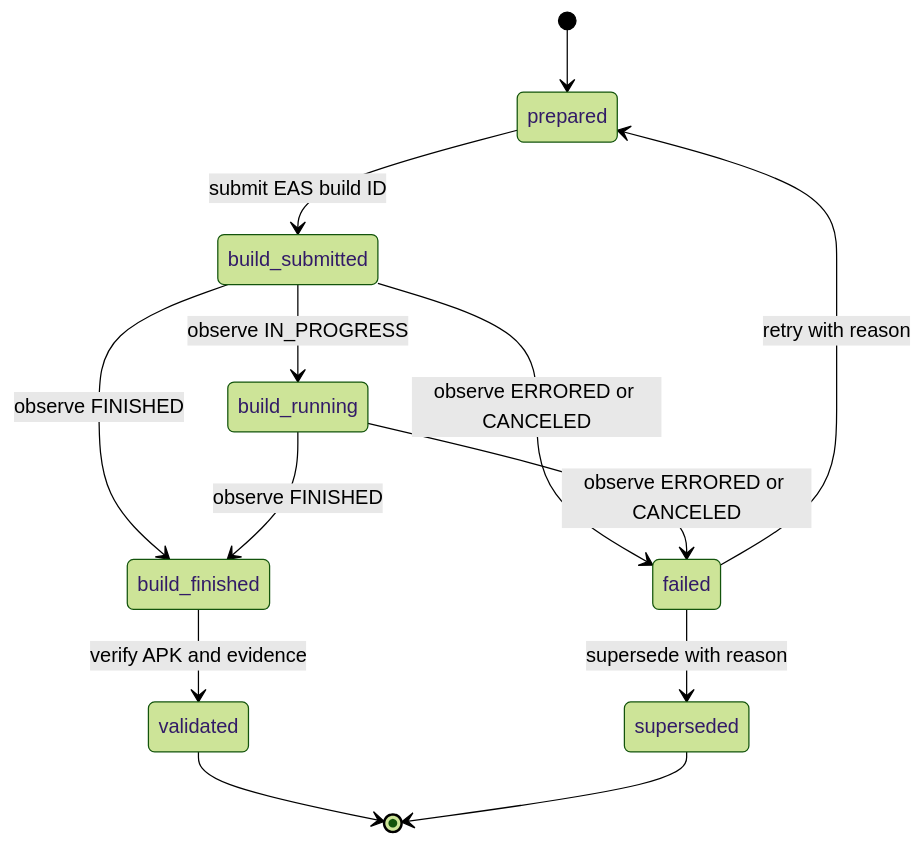
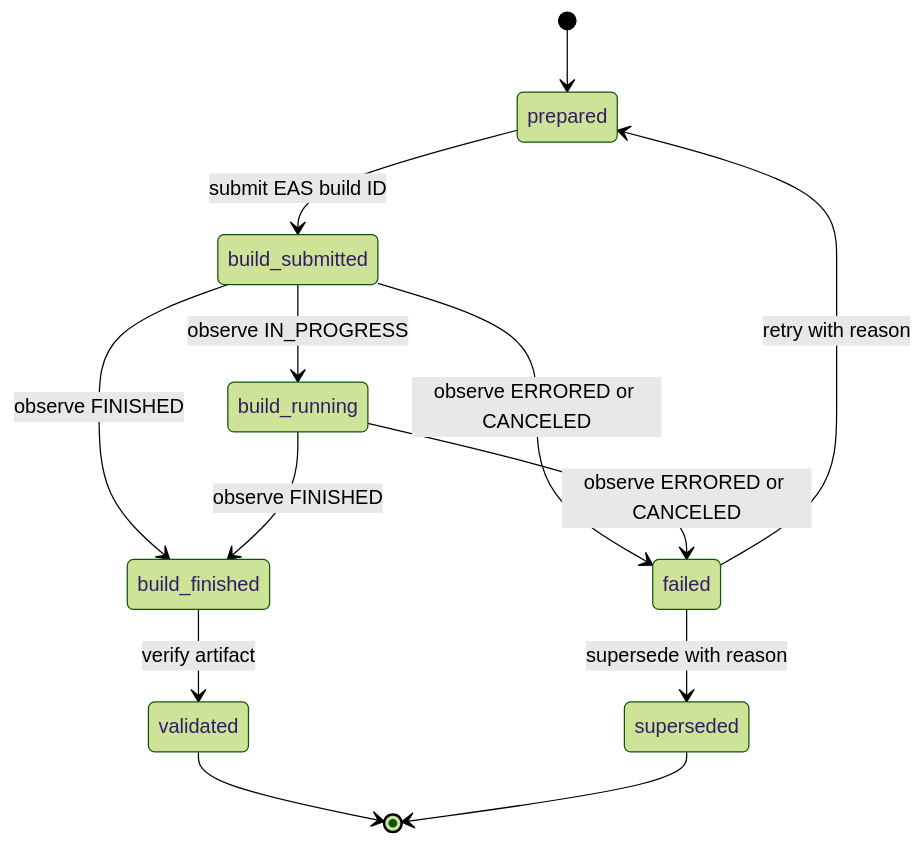
One commit to maximofn/gymnasia changed the second of 2 diagrams in openwiki/operations/build-release-and-testing.md. Above: the diagram before and after it, drawn with Mermaid (forest theme). The commit also changed other lines of this file and 49 other files, not shown here.

````diff
--- a/openwiki/operations/build-release-and-testing.md
+++ b/openwiki/operations/build-release-and-testing.md
@@ -174,15 +159,15 @@
 ```mermaid
 stateDiagram-v2
     [*] --> prepared
     prepared --> build_submitted: submit EAS build ID
     build_submitted --> build_running: observe IN_PROGRESS
     build_submitted --> build_finished: observe FINISHED
     build_running --> build_finished: observe FINISHED
     build_submitted --> failed: observe ERRORED or CANCELED
     build_running --> failed: observe ERRORED or CANCELED
     failed --> prepared: retry with reason
     failed --> superseded: supersede with reason
-    build_finished --> validated: verify APK and evidence
+    build_finished --> validated: verify artifact
     validated --> [*]
     superseded --> [*]
 ```
````
